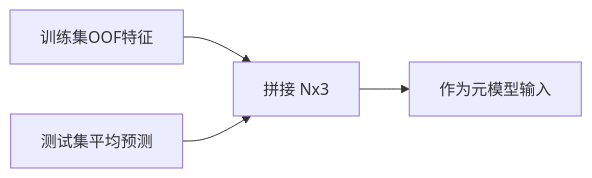
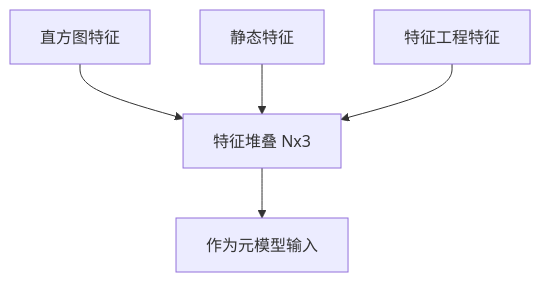
One commit to zsh003/maltack changed the fifth of 11 diagrams in machine_learning/ensemble_learning/docs/基于Stacking和加权融合的多层集成学习方案.md. Above: the diagram before and after it, drawn with Mermaid. The commit also changed other lines of this file, not shown here.

````diff
--- a/machine_learning/ensemble_learning/docs/基于Stacking和加权融合的多层集成学习方案.md
+++ b/machine_learning/ensemble_learning/docs/基于Stacking和加权融合的多层集成学习方案.md
@@ -115,6 +97,7 @@
 ```mermaid
-flowchart LR
-  TrainOOF[训练集OOF特征] --> StackMat[拼接 Nx3]
-  TestAvg[测试集平均预测] --> StackMat
+flowchart TD
+  Data1[直方图特征] --> StackMat[特征堆叠 Nx3]
+  Data2[静态特征] --> StackMat
+  Data3[特征工程特征] --> StackMat
   StackMat --> MetaInput[作为元模型输入]
 ```
````
